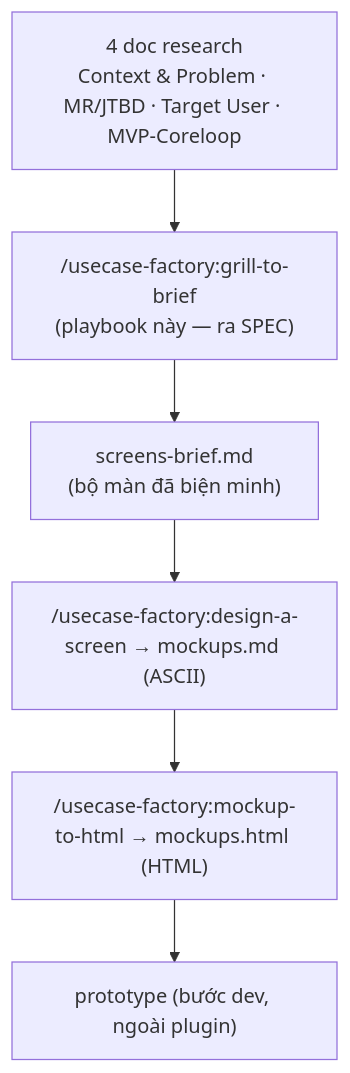
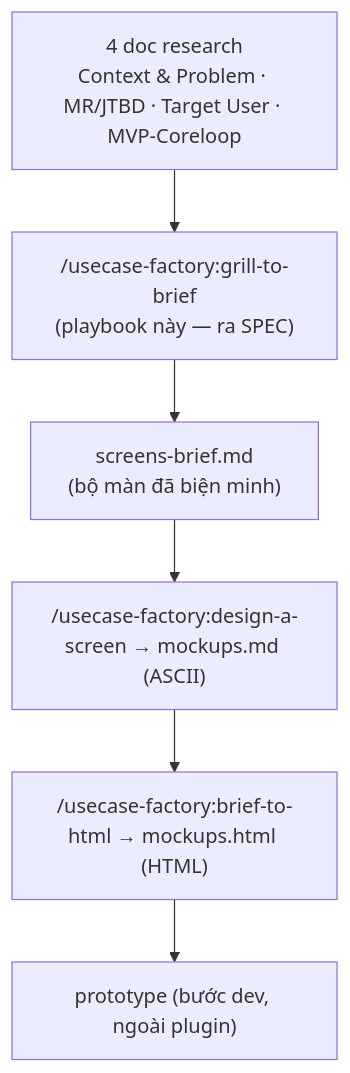
The diagram in skills/grill-to-brief/playbook.md (Tritintruong114/usecase-factory), drawn with Mermaid before and after one commit. The commit also changed other lines of this file and 17 other files, not shown here.

````diff
--- a/skills/grill-to-brief/playbook.md
+++ b/skills/grill-to-brief/playbook.md
@@ -7,8 +7,8 @@
 ```mermaid
 flowchart TD
     R["4 doc research<br/>Context & Problem · MR/JTBD · Target User · MVP-Coreloop"] --> G["/usecase-factory:grill-to-brief<br/>(playbook này — ra SPEC)"]
     G --> SB["screens-brief.md<br/>(bộ màn đã biện minh)"]
     SB --> DS["/usecase-factory:design-a-screen → mockups.md (ASCII)"]
-    DS --> MH["/usecase-factory:mockup-to-html → mockups.html (HTML)"]
+    DS --> MH["/usecase-factory:brief-to-html → mockups.html (HTML)"]
     MH --> PT["prototype (bước dev, ngoài plugin)"]
 ```
````
